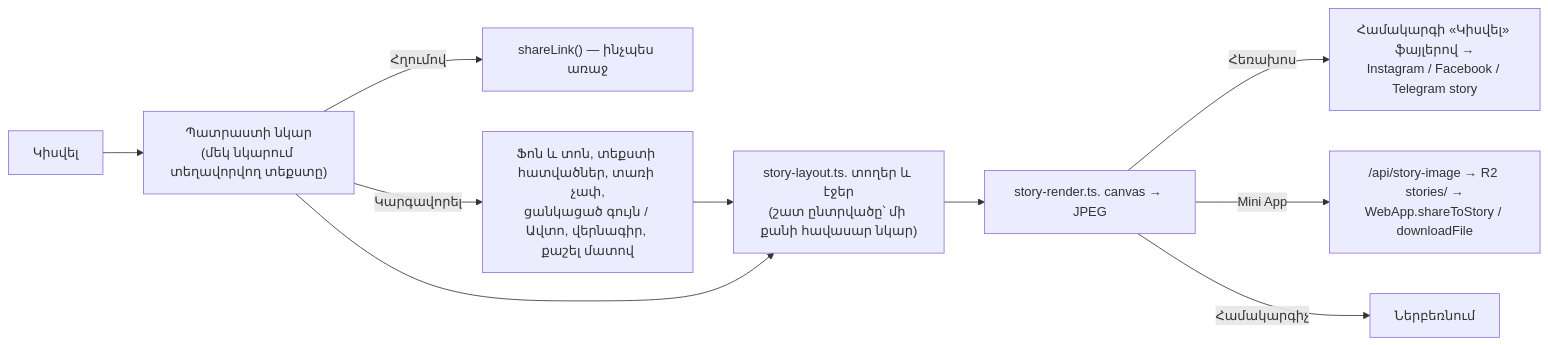
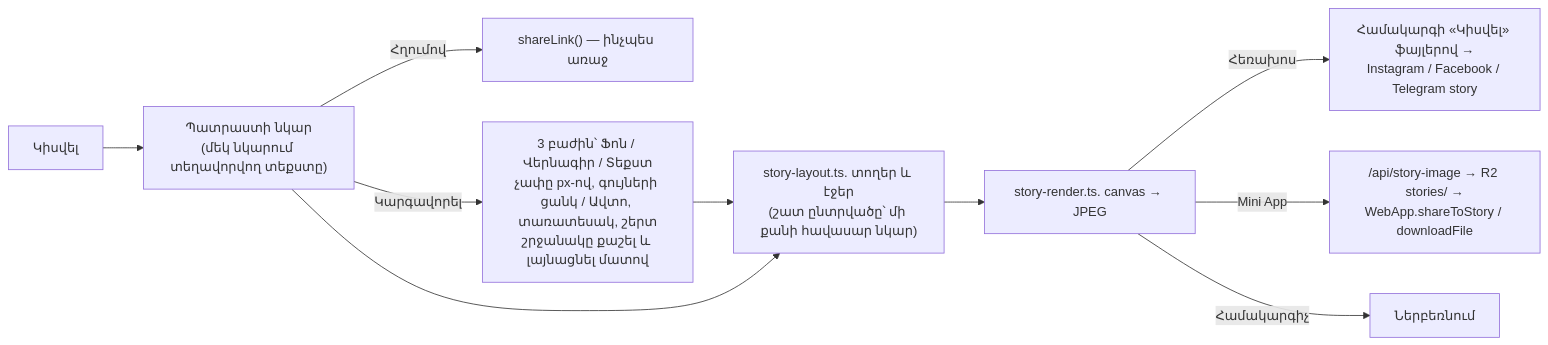
One commit to T0n0yan/armenian-apostolic-digital-library changed diagram 19 of 25 in docs/ARCHITECTURE.md. Above: the diagram before and after it, drawn with Mermaid. The commit also changed other lines of this file and 5 other files, not shown here.

First line of the commit message:
Կիսվել նկարով. առանձին վերնագիր և տեքստ, չափը px-ով, գույների ամբողջ ցանկը, տեքստի շրջանակը լայնացնել մատով

````diff
--- a/docs/ARCHITECTURE.md
+++ b/docs/ARCHITECTURE.md
@@ -525,12 +525,12 @@
 ```mermaid
 flowchart LR
   SB["Կիսվել"] --> PRE["Պատրաստի նկար<br/>(մեկ նկարում տեղավորվող տեքստը)"]
   PRE -->|Հղումով| LINK["shareLink() — ինչպես առաջ"]
-  PRE -->|Կարգավորել| ED["Ֆոն և տոն, տեքստի հատվածներ, տառի չափ,<br/>ցանկացած գույն / Ավտո, վերնագիր, քաշել մատով"]
+  PRE -->|Կարգավորել| ED["3 բաժին՝ Ֆոն / Վերնագիր / Տեքստ<br/>չափը px-ով, գույների ցանկ / Ավտո, տառատեսակ, շերտ<br/>շրջանակը քաշել և լայնացնել մատով"]
   ED --> PLAN["story-layout.ts. տողեր և էջեր<br/>(շատ ընտրվածը՝ մի քանի հավասար նկար)"]
   PRE --> PLAN
   PLAN --> CV["story-render.ts. canvas → JPEG"]
   CV -->|Հեռախոս| OS["Համակարգի «Կիսվել» ֆայլերով →<br/>Instagram / Facebook / Telegram story"]
   CV -->|Mini App| UP["/api/story-image → R2 stories/ →<br/>WebApp.shareToStory / downloadFile"]
   CV -->|Համակարգիչ| DL["Ներբեռնում"]
 ```
````
